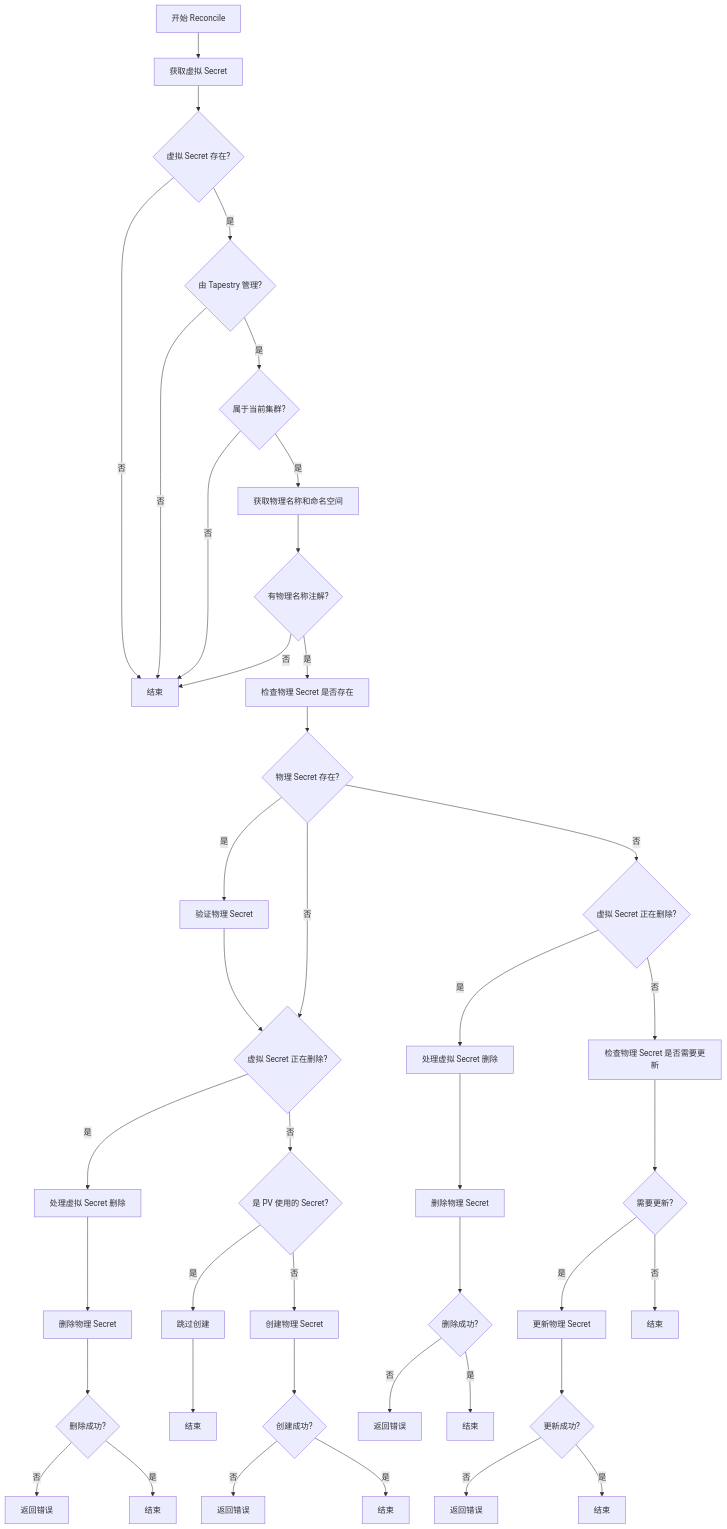
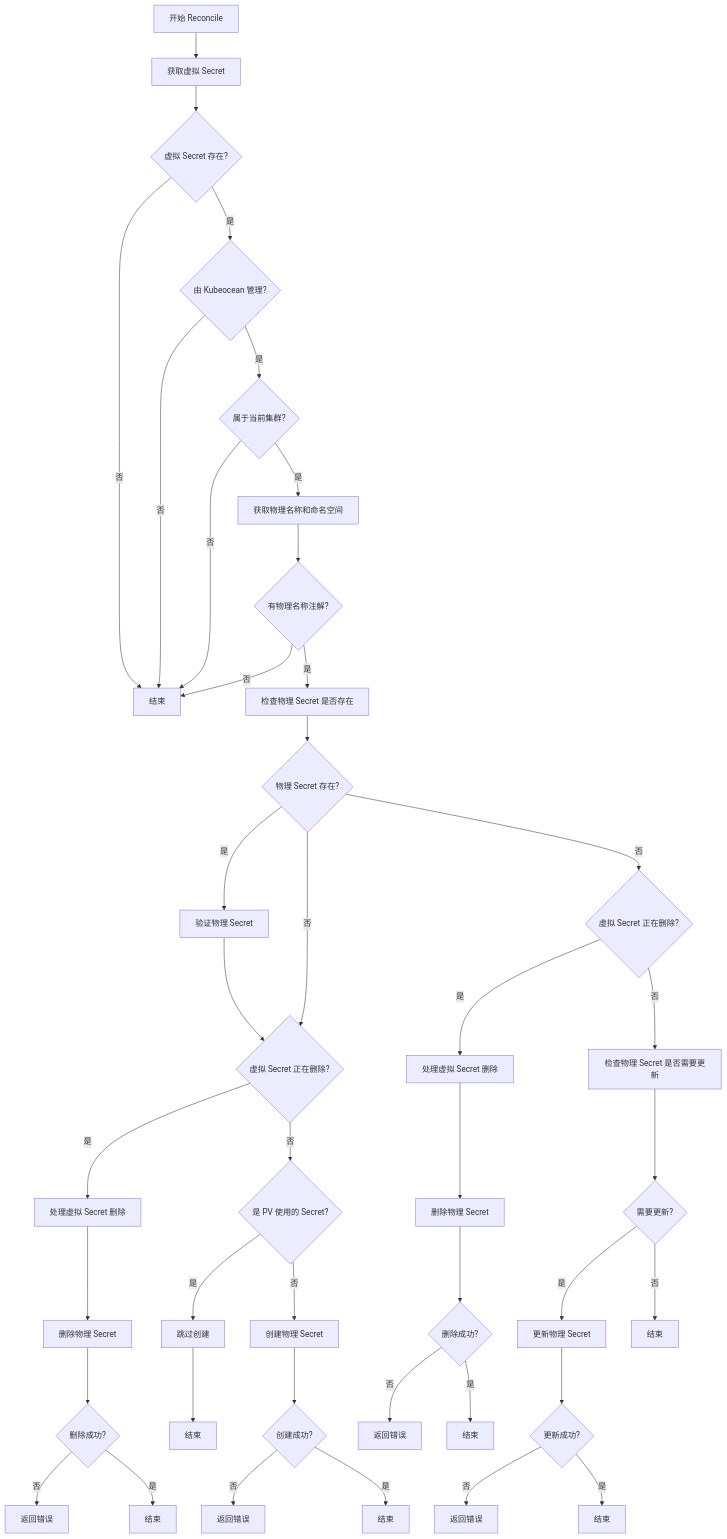
The fourth of 4 diagrams in docs/topdown-syncer.md (gocrane/kubeocean), drawn with Mermaid before and after one commit. The commit also changed other lines of this file and 140 other files, not shown here.

Commit message:
chore: modify project name from tapestry to kubeocean

````diff
--- a/docs/topdown-syncer.md
+++ b/docs/topdown-syncer.md
@@ -220,43 +220,43 @@
 ```mermaid
 flowchart TD
     A[开始 Reconcile] --> B[获取虚拟 Secret]
     B --> C{虚拟 Secret 存在?}
     C -->|否| D[结束]
-    C -->|是| E{由 Tapestry 管理?}
+    C -->|是| E{由 Kubeocean 管理?}
     E -->|否| D
     E -->|是| F{属于当前集群?}
     F -->|否| D
     F -->|是| G[获取物理名称和命名空间]
     G --> H{有物理名称注解?}
     H -->|否| D
     H -->|是| I[检查物理 Secret 是否存在]
     I --> J{物理 Secret 存在?}
     J -->|是| K[验证物理 Secret]
     J -->|否| L{虚拟 Secret 正在删除?}
     K --> L
     L -->|是| M[处理虚拟 Secret 删除]
     L -->|否| N{是 PV 使用的 Secret?}
     N -->|是| O[跳过创建]
     N -->|否| P[创建物理 Secret]
     O --> Q[结束]
     P --> R{创建成功?}
     R -->|否| S[返回错误]
     R -->|是| T[结束]
     M --> U[删除物理 Secret]
     U --> V{删除成功?}
     V -->|否| W[返回错误]
     V -->|是| X[结束]
     J -->|否| Y{虚拟 Secret 正在删除?}
     Y -->|是| Z[处理虚拟 Secret 删除]
     Y -->|否| AA[检查物理 Secret 是否需要更新]
     Z --> BB[删除物理 Secret]
     BB --> CC{删除成功?}
     CC -->|否| DD[返回错误]
     CC -->|是| EE[结束]
     AA --> FF{需要更新?}
     FF -->|是| GG[更新物理 Secret]
     FF -->|否| HH[结束]
     GG --> II{更新成功?}
     II -->|否| JJ[返回错误]
     II -->|是| KK[结束]
 ```
````
